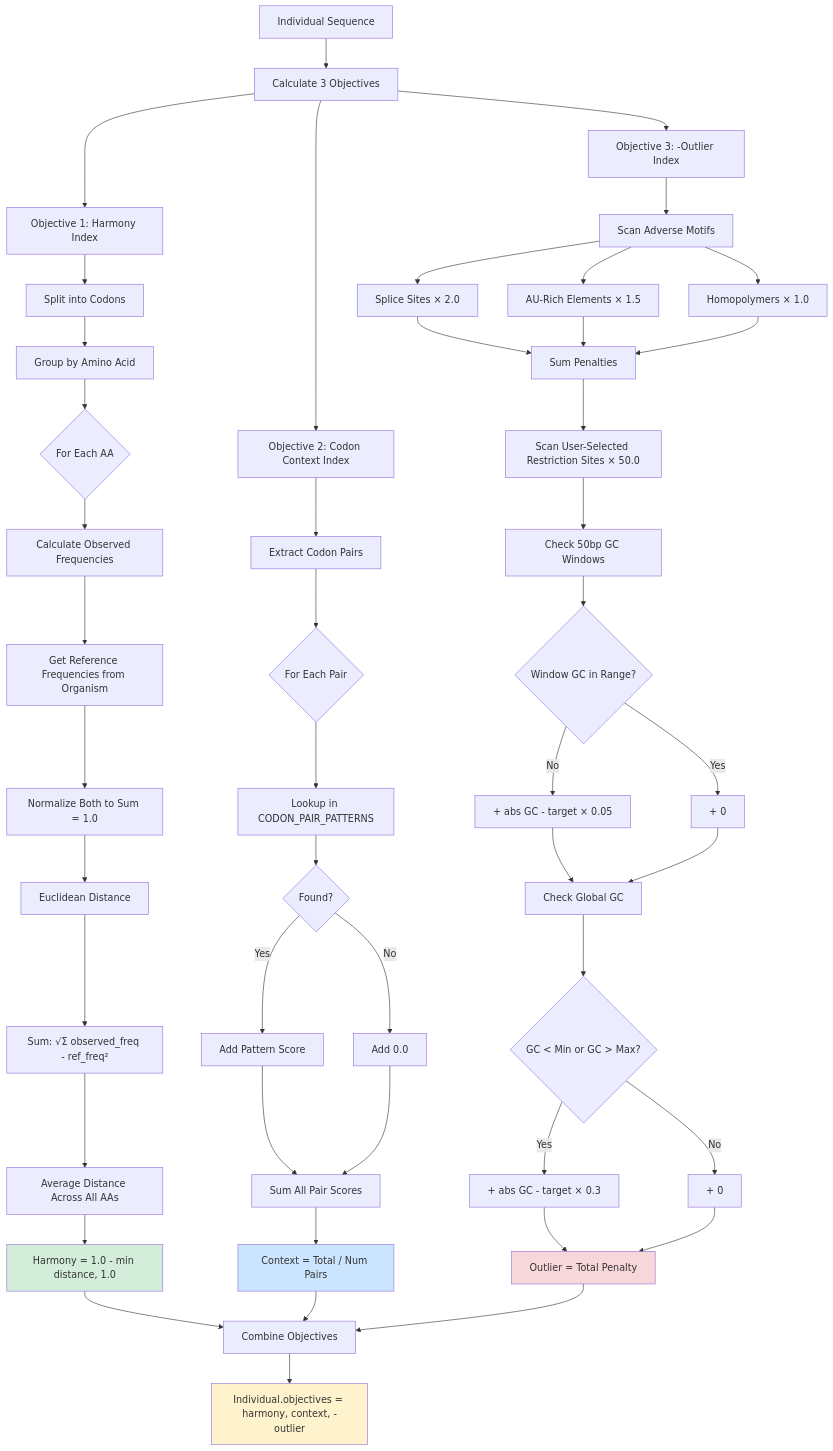
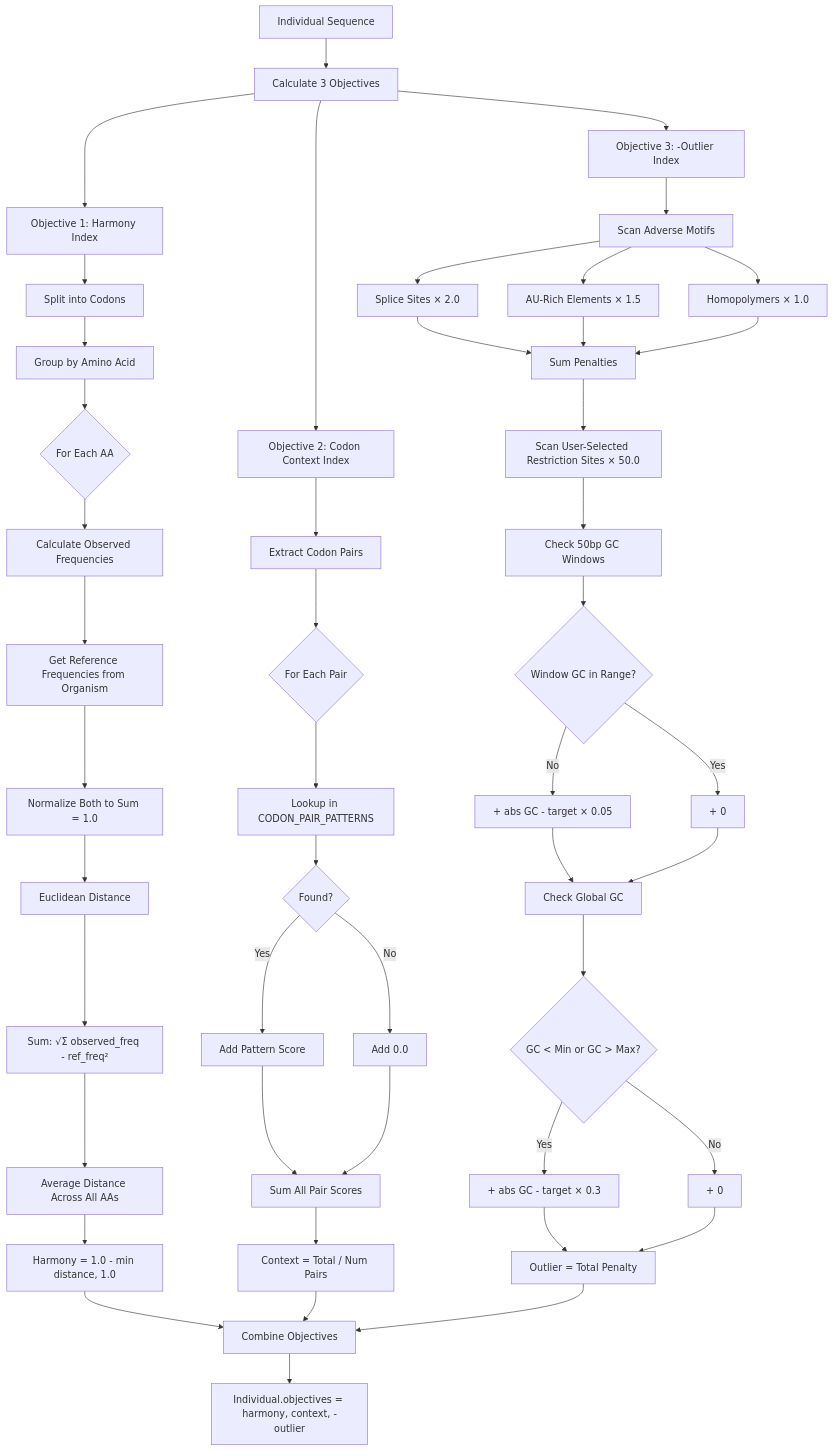
One commit to yaho3122/lab-apps-portfolio changed the fourth of 7 diagrams in Bioinformatics-Tools/Codon-OPT/architecture.md. Above: the diagram before and after it, drawn with Mermaid. The commit also changed other lines of this file, not shown here.

````diff
--- a/Bioinformatics-Tools/Codon-OPT/architecture.md
+++ b/Bioinformatics-Tools/Codon-OPT/architecture.md
@@ -272,67 +261,64 @@
 ```mermaid
 flowchart TD
     A[Individual Sequence] --> B[Calculate 3 Objectives]
     
     B --> C[Objective 1: Harmony Index]
     B --> D[Objective 2: Codon Context Index]
     B --> E[Objective 3: -Outlier Index]
     
     C --> F[Split into Codons]
     F --> G[Group by Amino Acid]
     G --> H{For Each AA}
     
     H --> I[Calculate Observed Frequencies]
     I --> J[Get Reference Frequencies from Organism]
     J --> K[Normalize Both to Sum = 1.0]
     K --> L[Euclidean Distance]
     L --> M[Sum: √Σ observed_freq - ref_freq²]
     
     M --> N[Average Distance Across All AAs]
     N --> O[Harmony = 1.0 - min distance, 1.0]
     
     D --> P[Extract Codon Pairs]
     P --> Q{For Each Pair}
     Q --> R[Lookup in CODON_PAIR_PATTERNS]
     R --> S{Found?}
     S -->|Yes| T[Add Pattern Score]
     S -->|No| U[Add 0.0]
     
     T --> V[Sum All Pair Scores]
     U --> V
     V --> W[Context = Total / Num Pairs]
     
     E --> X[Scan Adverse Motifs]
     X --> Y[Splice Sites × 2.0]
     X --> Z[AU-Rich Elements × 1.5]
     X --> AA[Homopolymers × 1.0]
     
     Y --> AB[Sum Penalties]
     Z --> AB
     AA --> AB
     
     AB --> AC[Scan User-Selected Restriction Sites × 50.0]
     AC --> AD[Check 50bp GC Windows]
     AD --> AE{Window GC in Range?}
     AE -->|No| AF[+ abs GC - target × 0.05]
     AE -->|Yes| AG[+ 0]
     
     AF --> AH[Check Global GC]
     AG --> AH
     AH --> AI{GC < Min or GC > Max?}
     AI -->|Yes| AJ[+ abs GC - target × 0.3]
     AI -->|No| AK[+ 0]
     
     AJ --> AL[Outlier = Total Penalty]
     AK --> AL
     
     O --> AM[Combine Objectives]
     W --> AM
     AL --> AM
     
     AM --> AN[Individual.objectives = harmony, context, -outlier]
     
-    style O fill:#d4edda
-    style W fill:#cce5ff
-    style AL fill:#f8d7da
-    style AN fill:#fff3cd
+
 ```
````
